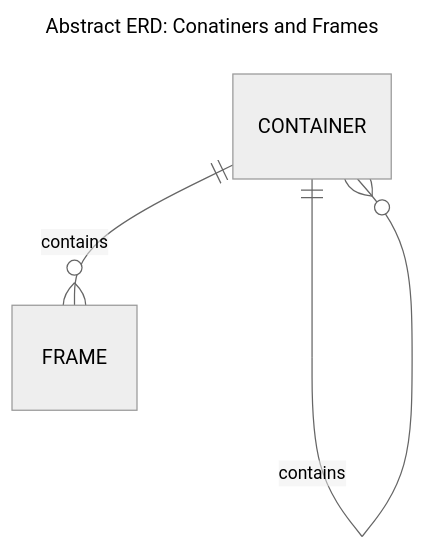
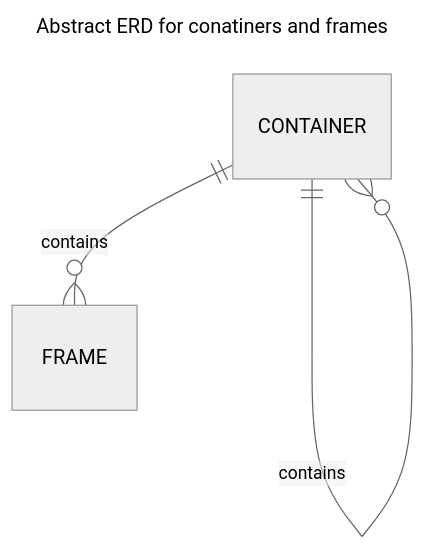
The first of 4 diagrams in README.md (NathanDWalsh/els), drawn with Mermaid (neutral theme) before and after one commit. The commit also changed other lines of this file and 9 other files, not shown here.

````diff
--- a/README.md
+++ b/README.md
@@ -45,9 +45,9 @@
 ```mermaid
 ---
-title: "Abstract ERD: Conatiners and Frames"
+title: Abstract ERD for conatiners and frames
 ---
 erDiagram
     CONTAINER ||--O{ CONTAINER: "contains"
     CONTAINER ||--O{ FRAME: "contains"
 
 ```
````
